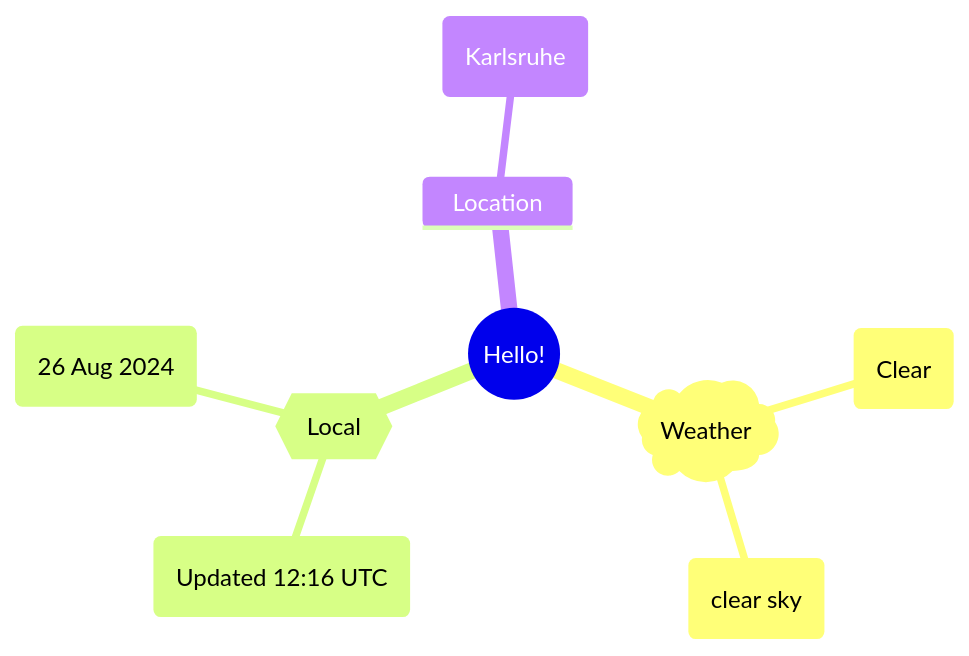
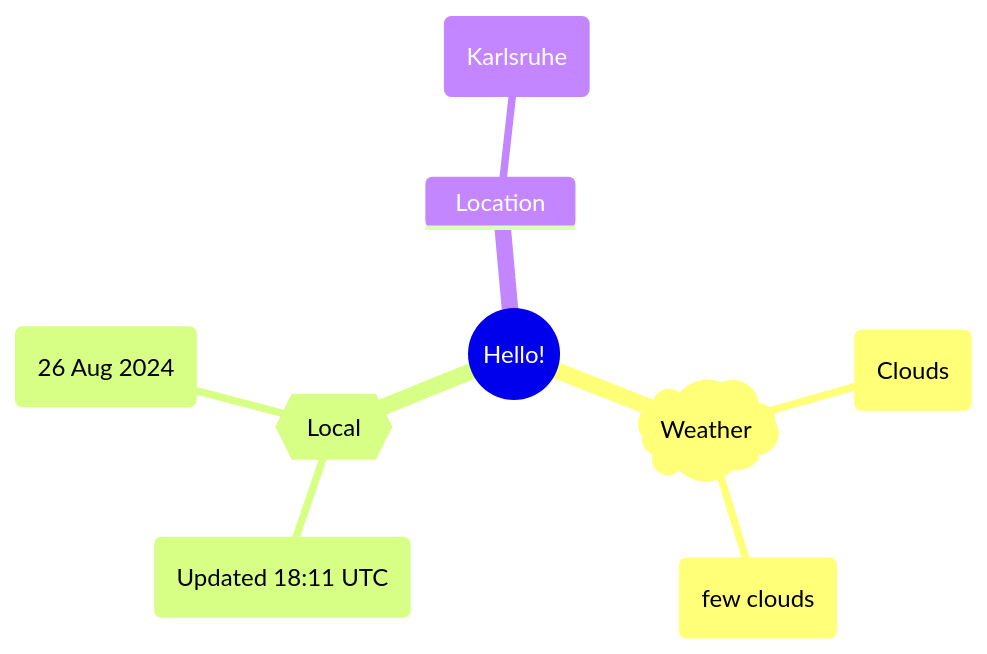
The first of 2 diagrams in README.md (Xosrov/Xosrov), drawn with Mermaid before and after one commit.

Commit message:
[bot] updated images

````diff
--- a/README.md
+++ b/README.md
@@ -3,12 +3,12 @@
 ```mermaid
 mindmap
   root((Hello!))
     )Weather(
-        (Clear)
-        (clear sky)
+        (Clouds)
+        (few clouds)
     {{Local}}
-        (Updated 12:16 UTC)
+        (Updated 18:11 UTC)
         (26 Aug 2024)
     Location
         (Karlsruhe)
 ```
````
